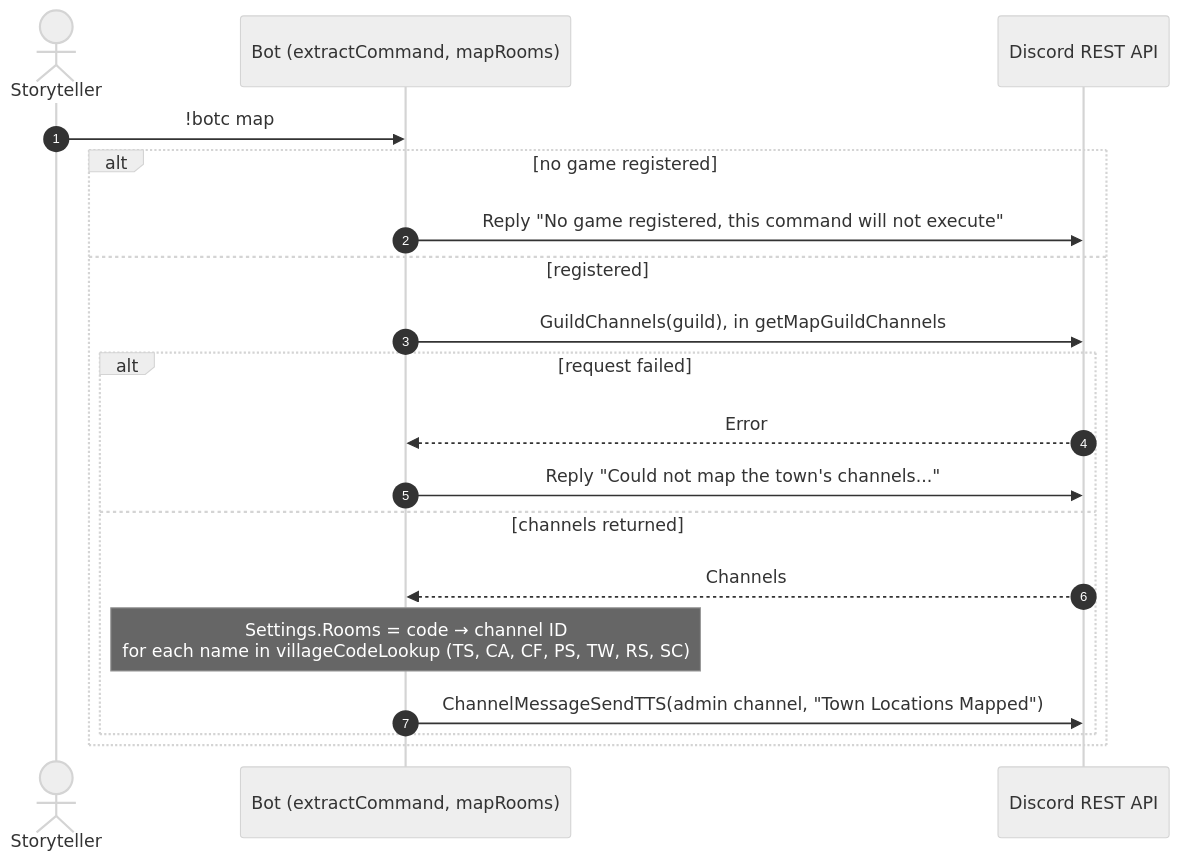
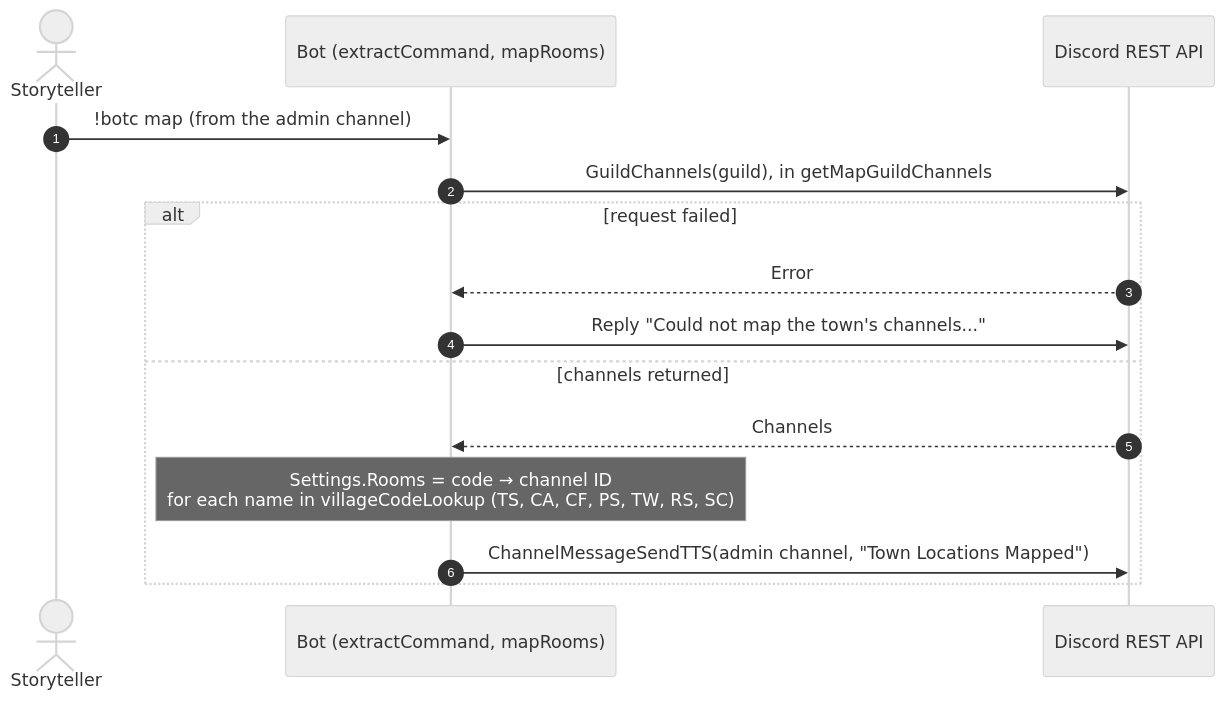
One commit to RAGNOARAKNOS/BotOnTheClocktower changed the fifth of 6 diagrams in docs/uml/game-lifecycle.md. Above: the diagram before and after it, drawn with Mermaid (neutral theme). The commit also changed other lines of this file and 18 other files, not shown here.

First line of the commit message:
Update command access rules and behaviour for game commands

````diff
--- a/docs/uml/game-lifecycle.md
+++ b/docs/uml/game-lifecycle.md
@@ -134,22 +126,18 @@
 ```mermaid
 sequenceDiagram
     autonumber
     actor ST as Storyteller
     participant Bot as Bot (extractCommand, mapRooms)
     participant REST as Discord REST API
 
-    ST->>Bot: !botc map
-    alt no game registered
-        Bot->>REST: Reply "No game registered, this command will not execute"
-    else registered
-        Bot->>REST: GuildChannels(guild), in getMapGuildChannels
-        alt request failed
-            REST-->>Bot: Error
-            Bot->>REST: Reply "Could not map the town's channels..."
-        else channels returned
-            REST-->>Bot: Channels
-            Note over Bot: Settings.Rooms = code → channel ID<br/>for each name in villageCodeLookup (TS, CA, CF, PS, TW, RS, SC)
-            Bot->>REST: ChannelMessageSendTTS(admin channel, "Town Locations Mapped")
-        end
+    ST->>Bot: !botc map (from the admin channel)
+    Bot->>REST: GuildChannels(guild), in getMapGuildChannels
+    alt request failed
+        REST-->>Bot: Error
+        Bot->>REST: Reply "Could not map the town's channels..."
+    else channels returned
+        REST-->>Bot: Channels
+        Note over Bot: Settings.Rooms = code → channel ID<br/>for each name in villageCodeLookup (TS, CA, CF, PS, TW, RS, SC)
+        Bot->>REST: ChannelMessageSendTTS(admin channel, "Town Locations Mapped")
     end
 ```
````
